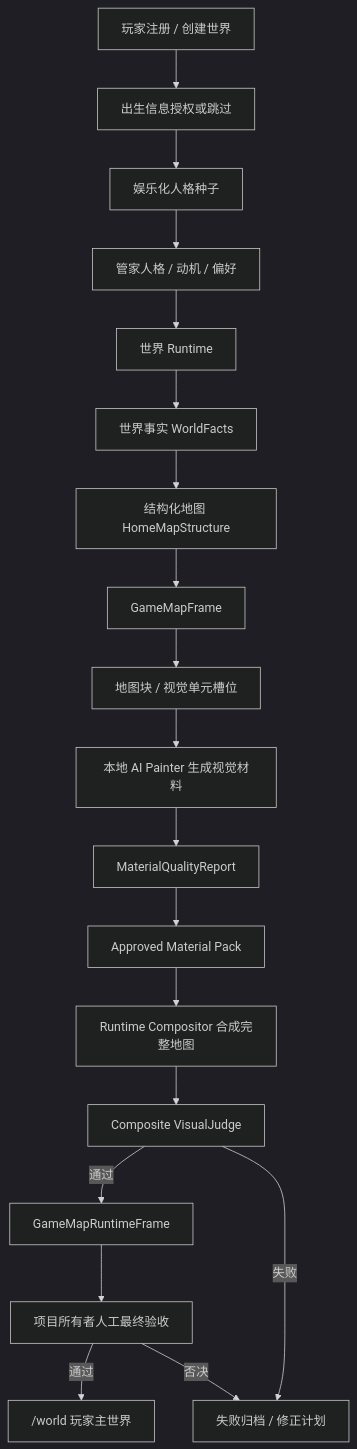
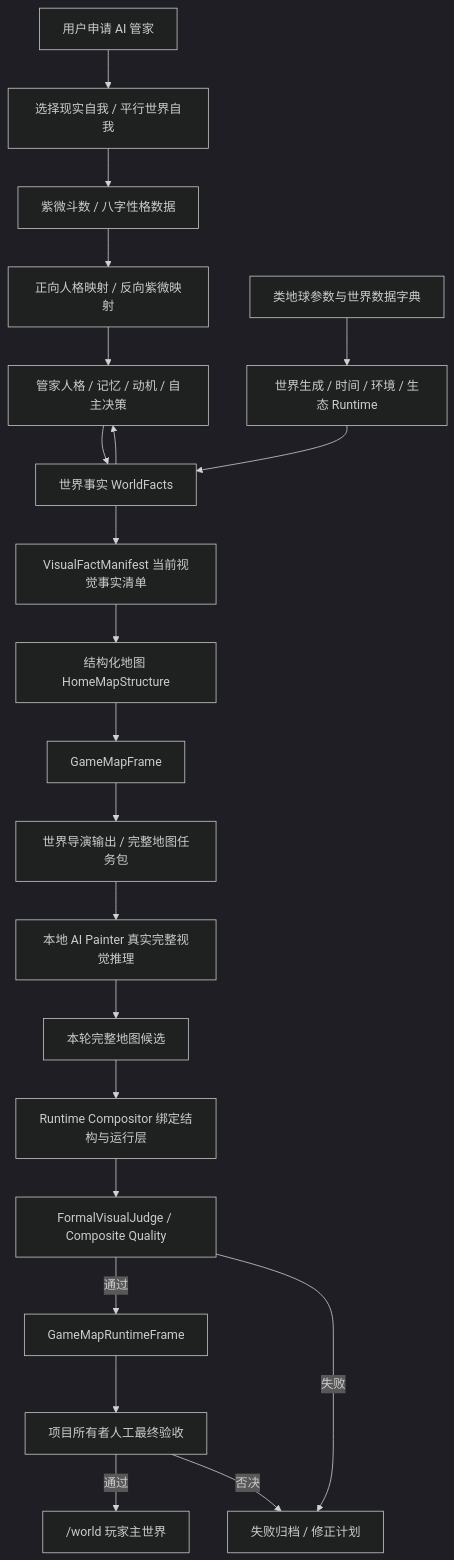
The first of 3 diagrams in docs/ARCHITECTURE.md (zhangshn/AI-PET-WORLD), drawn with Mermaid (dark theme) before and after one commit. The commit also changed other lines of this file and 268 other files, not shown here.

````diff
--- a/docs/ARCHITECTURE.md
+++ b/docs/ARCHITECTURE.md
@@ -23,21 +38,24 @@
 ```mermaid
 flowchart TD
-  A["玩家注册 / 创建世界"] --> B["出生信息授权或跳过"]
-  B --> C["娱乐化人格种子"]
-  C --> D["管家人格 / 动机 / 偏好"]
-  D --> E["世界 Runtime"]
-  E --> F["世界事实 WorldFacts"]
-  F --> G["结构化地图 HomeMapStructure"]
+  A["用户申请 AI 管家"] --> B["选择现实自我 / 平行世界自我"]
+  B --> C["紫微斗数 / 八字性格数据"]
+  C --> D["正向人格映射 / 反向紫微映射"]
+  D --> E["管家人格 / 记忆 / 动机 / 自主决策"]
+  W0["类地球参数与世界数据字典"] --> W1["世界生成 / 时间 / 环境 / 生态 Runtime"]
+  W1 --> F["世界事实 WorldFacts"]
+  E --> F
+  F --> E
+  F --> V["VisualFactManifest 当前视觉事实清单"]
+  V --> G["结构化地图 HomeMapStructure"]
   G --> H["GameMapFrame"]
-  H --> I["地图块 / 视觉单元槽位"]
-  I --> J["本地 AI Painter 生成视觉材料"]
-  J --> K["MaterialQualityReport"]
-  K --> L["Approved Material Pack"]
-  L --> M["Runtime Compositor 合成完整地图"]
-  M --> N["Composite VisualJudge"]
+  H --> I["世界导演输出 / 完整地图任务包"]
+  I --> J["本地 AI Painter 真实完整视觉推理"]
+  J --> K["本轮完整地图候选"]
+  K --> M["Runtime Compositor 绑定结构与运行层"]
+  M --> N["FormalVisualJudge / Composite Quality"]
   N -->|"通过"| O["GameMapRuntimeFrame"]
   N -->|"失败"| P["失败归档 / 修正计划"]
   O --> R["项目所有者人工最终验收"]
   R -->|"通过"| Q["/world 玩家主世界"]
   R -->|"否决"| P
 ```
````
